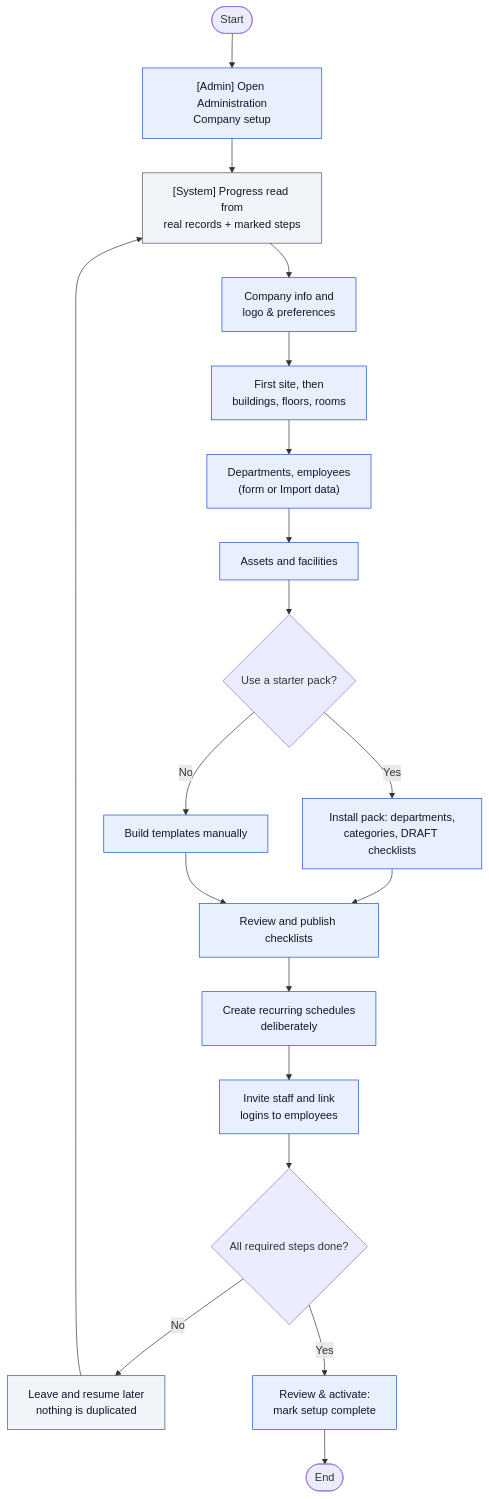
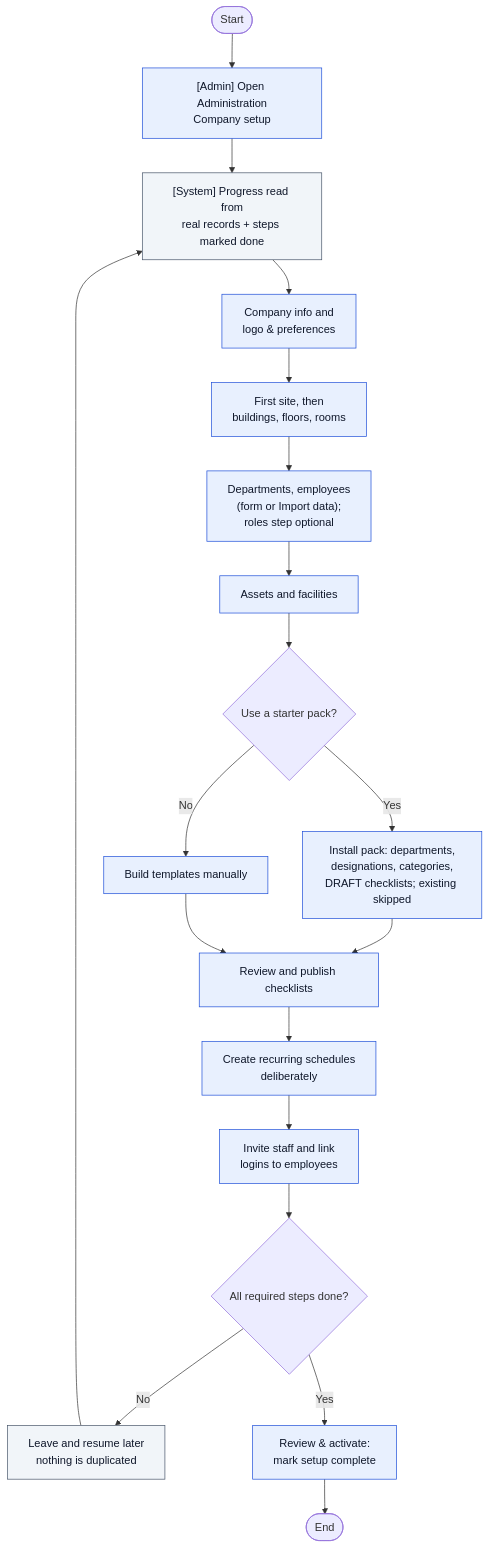
Before and after one commit to tsforcetech/FMS: the diagram in docs/help/diagrams/wf-02.mmd, drawn with Mermaid. The commit also changed 79 other files, not shown here.

First line of the commit message:
Phase 9: workflow diagrams verified against the code (37 corrected)

```diff
--- a/docs/help/diagrams/wf-02.mmd
+++ b/docs/help/diagrams/wf-02.mmd
@@ -1,26 +1,26 @@
 %% title: Company onboarding
 %% articles: setup.wizard,gs.first-week,setup.branding,setup.company-settings
 %% sources: packages/shared/src/onboarding.ts,apps/admin-web/src/management/Onboarding.tsx,apps/admin-web/src/management/onboardingStore.ts
 flowchart TD
   S([Start]) --> A["[Admin] Open Administration<br/>Company setup"]:::admin
-  A --> B["[System] Progress read from<br/>real records + marked steps"]:::system
+  A --> B["[System] Progress read from<br/>real records + steps marked done"]:::system
   B --> C["Company info and<br/>logo & preferences"]:::admin
   C --> D["First site, then<br/>buildings, floors, rooms"]:::admin
-  D --> E["Departments, employees<br/>(form or Import data)"]:::admin
+  D --> E["Departments, employees<br/>(form or Import data);<br/>roles step optional"]:::admin
   E --> F["Assets and facilities"]:::admin
   F --> G{"Use a starter pack?"}
-  G -- Yes --> H["Install pack: departments,<br/>categories, DRAFT checklists"]:::admin
+  G -- Yes --> H["Install pack: departments,<br/>designations, categories,<br/>DRAFT checklists; existing skipped"]:::admin
   G -- No --> I["Build templates manually"]:::admin
   H --> J["Review and publish checklists"]:::admin
   I --> J
   J --> K["Create recurring schedules<br/>deliberately"]:::admin
   K --> L["Invite staff and link<br/>logins to employees"]:::admin
   L --> M{"All required steps done?"}
   M -- No --> N["Leave and resume later<br/>nothing is duplicated"]:::system --> B
   M -- Yes --> O["Review & activate:<br/>mark setup complete"]:::admin --> X([End])
   classDef admin fill:#e8f0fe,stroke:#1d4ed8,color:#0f172a
   classDef staff fill:#ecfdf5,stroke:#047857,color:#0f172a
   classDef customer fill:#fdf4ff,stroke:#a21caf,color:#0f172a
   classDef platform fill:#fff7ed,stroke:#c2410c,color:#0f172a
   classDef system fill:#f1f5f9,stroke:#475569,color:#0f172a
   classDef stop fill:#fee2e2,stroke:#b91c1c,color:#0f172a
```
